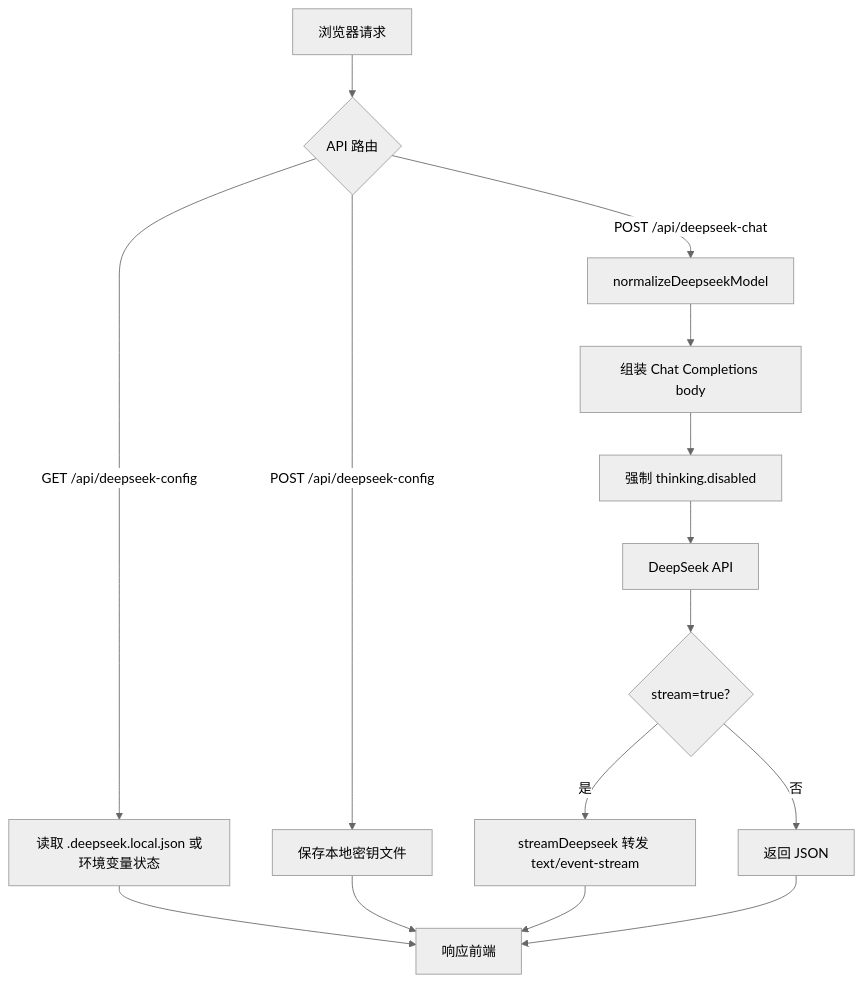
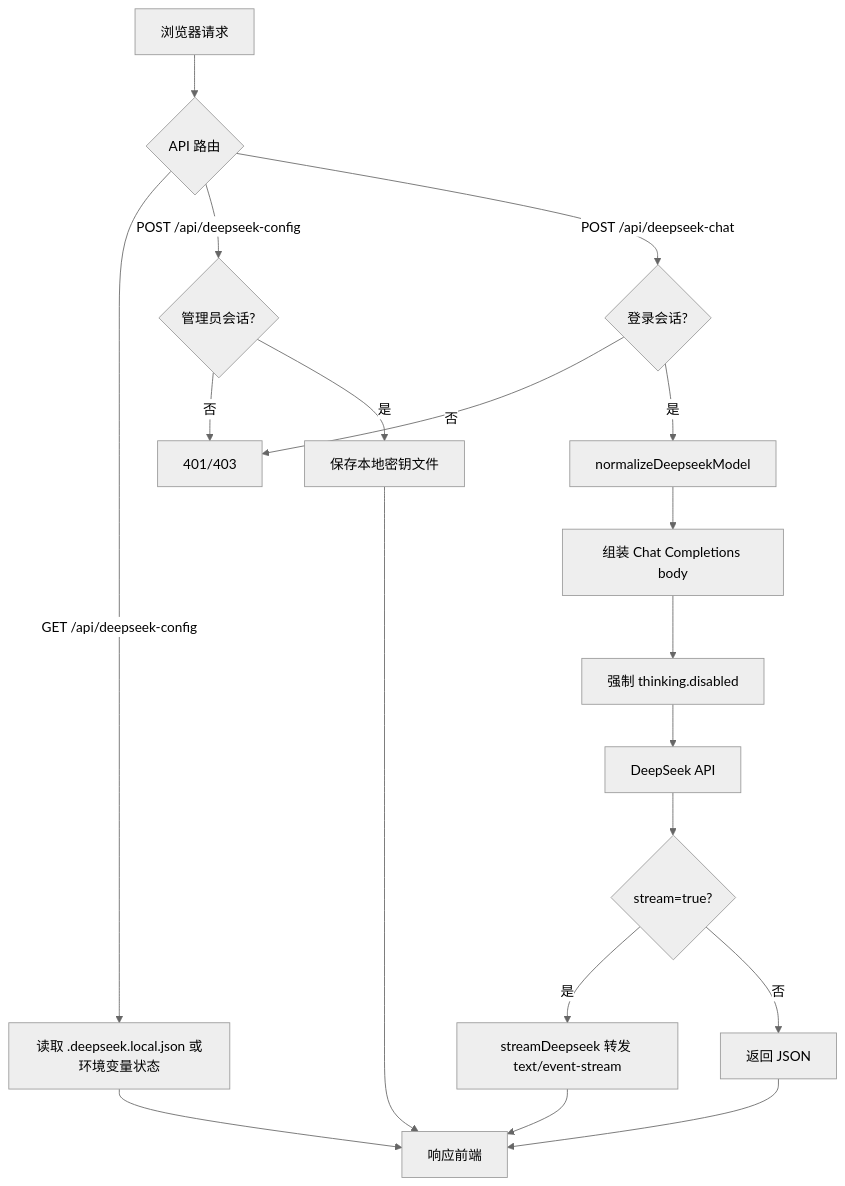
Diagram 25 of 30 in docs/SYSTEM_FLOW.md (ttmanthatman/virtual-human-flow), drawn with Mermaid (neutral theme) before and after one commit. The commit also changed other lines of this file and 13 other files, not shown here.

````diff
--- a/docs/SYSTEM_FLOW.md
+++ b/docs/SYSTEM_FLOW.md
@@ -473,17 +531,21 @@
 ```mermaid
 flowchart TD
     BROWSER["浏览器请求"] --> ROUTE{"API 路由"}
     ROUTE -- "GET /api/deepseek-config" --> READCFG["读取 .deepseek.local.json 或环境变量状态"]
-    ROUTE -- "POST /api/deepseek-config" --> WRITECFG["保存本地密钥文件"]
-    ROUTE -- "POST /api/deepseek-chat" --> NORMALIZE["normalizeDeepseekModel"]
+    ROUTE -- "POST /api/deepseek-config" --> ADMIN{"管理员会话?"}
+    ADMIN -- "否" --> DENY["401/403"]
+    ADMIN -- "是" --> WRITECFG["保存本地密钥文件"]
+    ROUTE -- "POST /api/deepseek-chat" --> SESSION{"登录会话?"}
+    SESSION -- "否" --> DENY
+    SESSION -- "是" --> NORMALIZE["normalizeDeepseekModel"]
     NORMALIZE --> BODY["组装 Chat Completions body"]
     BODY --> THINKING["强制 thinking.disabled"]
     THINKING --> DEEPSEEK["DeepSeek API"]
     DEEPSEEK --> STREAM{"stream=true?"}
     STREAM -- "是" --> SSE["streamDeepseek 转发 text/event-stream"]
     STREAM -- "否" --> JSON["返回 JSON"]
     READCFG --> RESP["响应前端"]
     WRITECFG --> RESP
     SSE --> RESP
     JSON --> RESP
 ```
````
